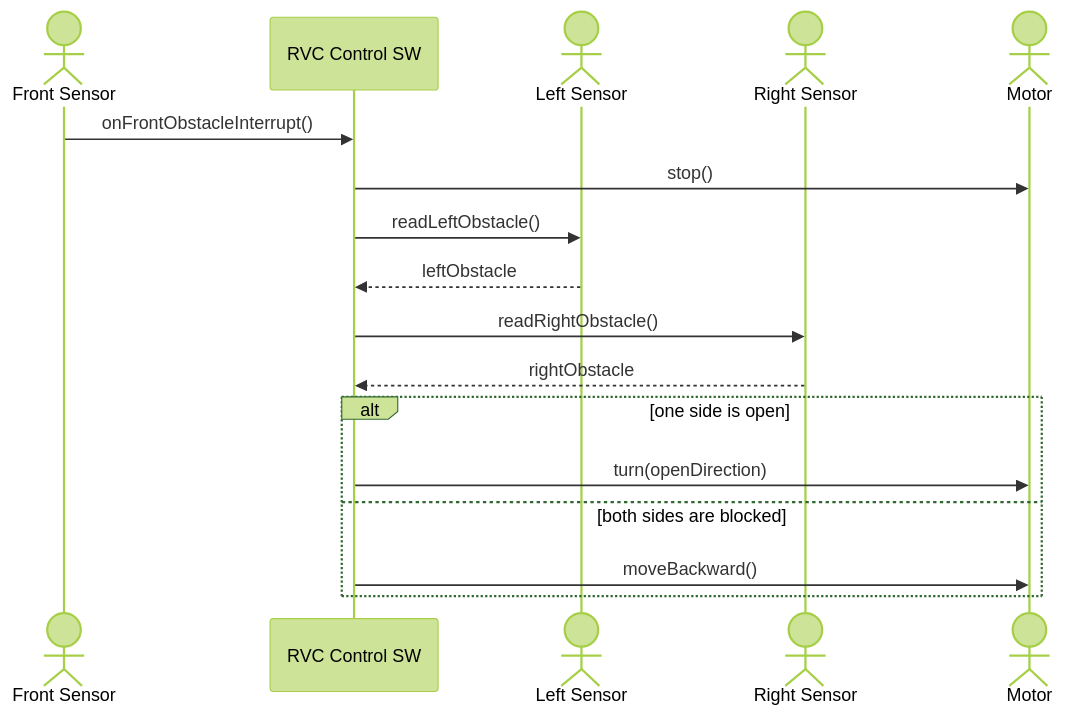
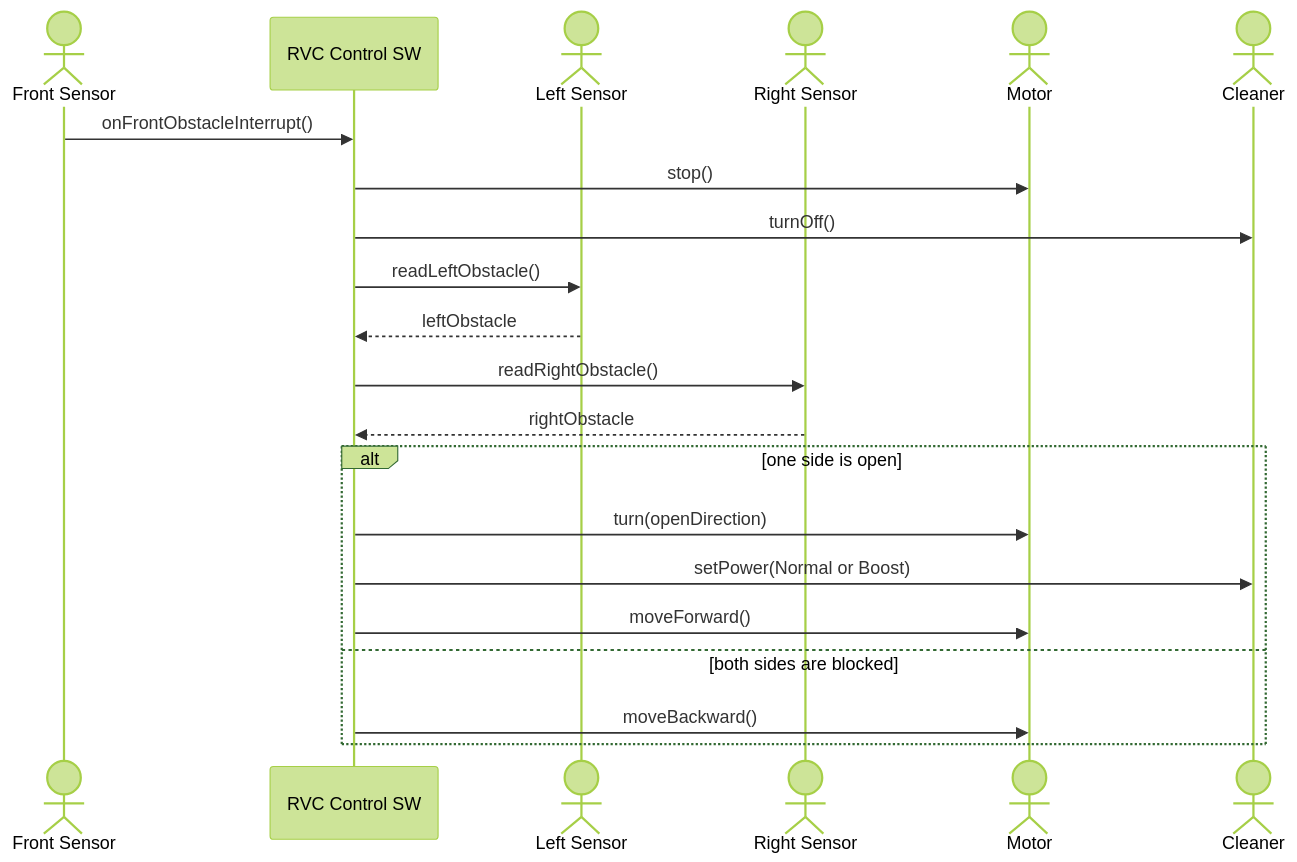
The second of 5 diagrams in docs/ooa_ssd.md (reload02/ooad-vibe), drawn with Mermaid (forest theme) before and after one commit. The commit also changed other lines of this file and 6 other files, not shown here.

Commit message:
Refine documentation to clarify RVC's cleaning capabilities and update scenarios for cleaner power management during operations

````diff
--- a/docs/ooa_ssd.md
+++ b/docs/ooa_ssd.md
@@ -24,20 +24,24 @@
 ```mermaid
 sequenceDiagram
     actor FrontSensor as Front Sensor
     participant System as RVC Control SW
     actor LeftSensor as Left Sensor
     actor RightSensor as Right Sensor
     actor Motor
+    actor Cleaner
 
     FrontSensor->>System: onFrontObstacleInterrupt()
     System->>Motor: stop()
+    System->>Cleaner: turnOff()
     System->>LeftSensor: readLeftObstacle()
     LeftSensor-->>System: leftObstacle
     System->>RightSensor: readRightObstacle()
     RightSensor-->>System: rightObstacle
     alt one side is open
         System->>Motor: turn(openDirection)
+        System->>Cleaner: setPower(Normal or Boost)
+        System->>Motor: moveForward()
     else both sides are blocked
         System->>Motor: moveBackward()
     end
 ```
````
